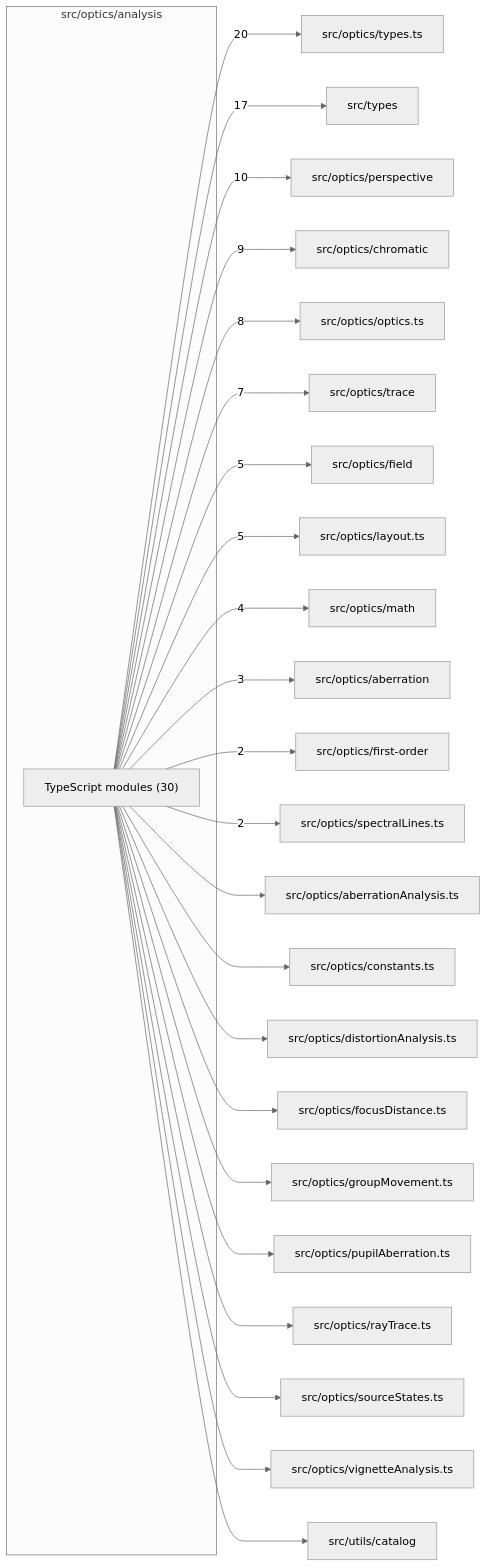
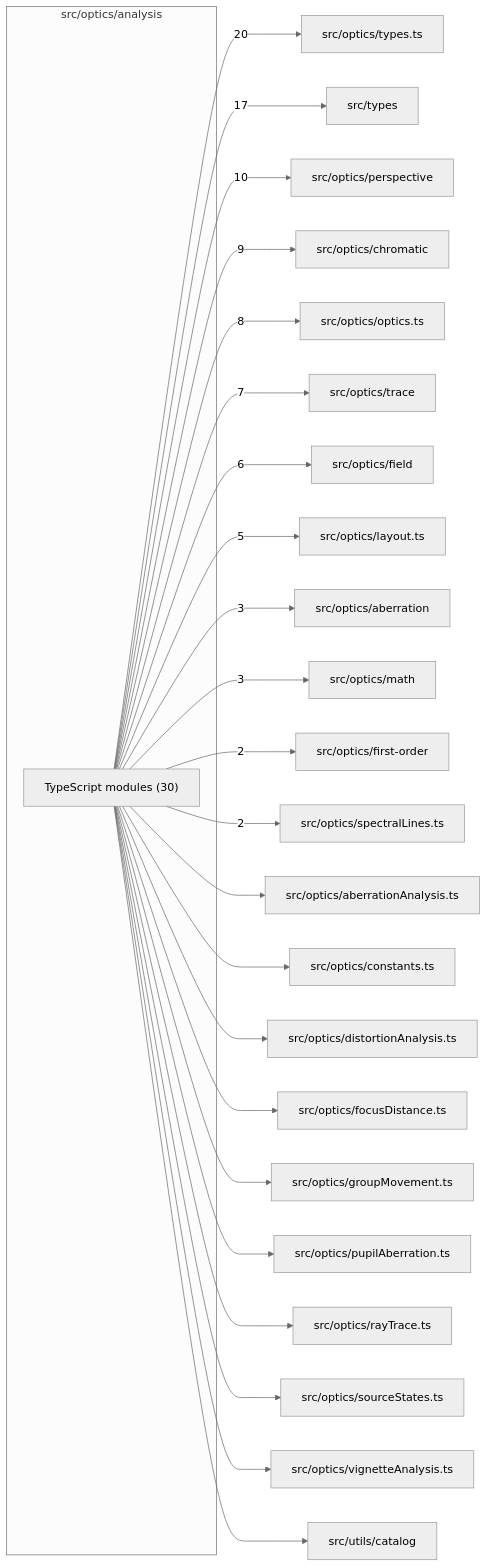
Before and after one commit to ronbuening/LensVisualizer: the diagram in src/optics/analysis/readme.md, drawn with Mermaid (neutral theme). The commit also changed other lines of this file and 8 other files, not shown here.

````diff
--- a/src/optics/analysis/readme.md
+++ b/src/optics/analysis/readme.md
@@ -9,50 +9,50 @@
 ```mermaid
 flowchart LR
   subgraph n_src_optics_analysis["src/optics/analysis"]
     n_src_optics_analysis_TypeScript_modules["TypeScript modules (30)"]
   end
   n_external_src_optics_types_ts["src/optics/types.ts"]
   n_external_src_types["src/types"]
   n_external_src_optics_perspective["src/optics/perspective"]
   n_external_src_optics_chromatic["src/optics/chromatic"]
   n_external_src_optics_optics_ts["src/optics/optics.ts"]
   n_external_src_optics_trace["src/optics/trace"]
   n_external_src_optics_field["src/optics/field"]
   n_external_src_optics_layout_ts["src/optics/layout.ts"]
+  n_external_src_optics_aberration["src/optics/aberration"]
   n_external_src_optics_math["src/optics/math"]
-  n_external_src_optics_aberration["src/optics/aberration"]
   n_external_src_optics_first_order["src/optics/first-order"]
   n_external_src_optics_spectralLines_ts["src/optics/spectralLines.ts"]
   n_external_src_optics_aberrationAnalysis_ts["src/optics/aberrationAnalysis.ts"]
   n_external_src_optics_constants_ts["src/optics/constants.ts"]
   n_external_src_optics_distortionAnalysis_ts["src/optics/distortionAnalysis.ts"]
   n_external_src_optics_focusDistance_ts["src/optics/focusDistance.ts"]
   n_external_src_optics_groupMovement_ts["src/optics/groupMovement.ts"]
   n_external_src_optics_pupilAberration_ts["src/optics/pupilAberration.ts"]
   n_external_src_optics_rayTrace_ts["src/optics/rayTrace.ts"]
   n_external_src_optics_sourceStates_ts["src/optics/sourceStates.ts"]
   n_external_src_optics_vignetteAnalysis_ts["src/optics/vignetteAnalysis.ts"]
   n_external_src_utils_catalog["src/utils/catalog"]
   n_src_optics_analysis_TypeScript_modules --> |20| n_external_src_optics_types_ts
   n_src_optics_analysis_TypeScript_modules --> |17| n_external_src_types
   n_src_optics_analysis_TypeScript_modules --> |10| n_external_src_optics_perspective
   n_src_optics_analysis_TypeScript_modules --> |9| n_external_src_optics_chromatic
   n_src_optics_analysis_TypeScript_modules --> |8| n_external_src_optics_optics_ts
   n_src_optics_analysis_TypeScript_modules --> |7| n_external_src_optics_trace
-  n_src_optics_analysis_TypeScript_modules --> |5| n_external_src_optics_field
+  n_src_optics_analysis_TypeScript_modules --> |6| n_external_src_optics_field
   n_src_optics_analysis_TypeScript_modules --> |5| n_external_src_optics_layout_ts
-  n_src_optics_analysis_TypeScript_modules --> |4| n_external_src_optics_math
   n_src_optics_analysis_TypeScript_modules --> |3| n_external_src_optics_aberration
+  n_src_optics_analysis_TypeScript_modules --> |3| n_external_src_optics_math
   n_src_optics_analysis_TypeScript_modules --> |2| n_external_src_optics_first_order
   n_src_optics_analysis_TypeScript_modules --> |2| n_external_src_optics_spectralLines_ts
   n_src_optics_analysis_TypeScript_modules --> n_external_src_optics_aberrationAnalysis_ts
   n_src_optics_analysis_TypeScript_modules --> n_external_src_optics_constants_ts
   n_src_optics_analysis_TypeScript_modules --> n_external_src_optics_distortionAnalysis_ts
   n_src_optics_analysis_TypeScript_modules --> n_external_src_optics_focusDistance_ts
   n_src_optics_analysis_TypeScript_modules --> n_external_src_optics_groupMovement_ts
   n_src_optics_analysis_TypeScript_modules --> n_external_src_optics_pupilAberration_ts
   n_src_optics_analysis_TypeScript_modules --> n_external_src_optics_rayTrace_ts
   n_src_optics_analysis_TypeScript_modules --> n_external_src_optics_sourceStates_ts
   n_src_optics_analysis_TypeScript_modules --> n_external_src_optics_vignetteAnalysis_ts
   n_src_optics_analysis_TypeScript_modules --> n_external_src_utils_catalog
 ```
````
